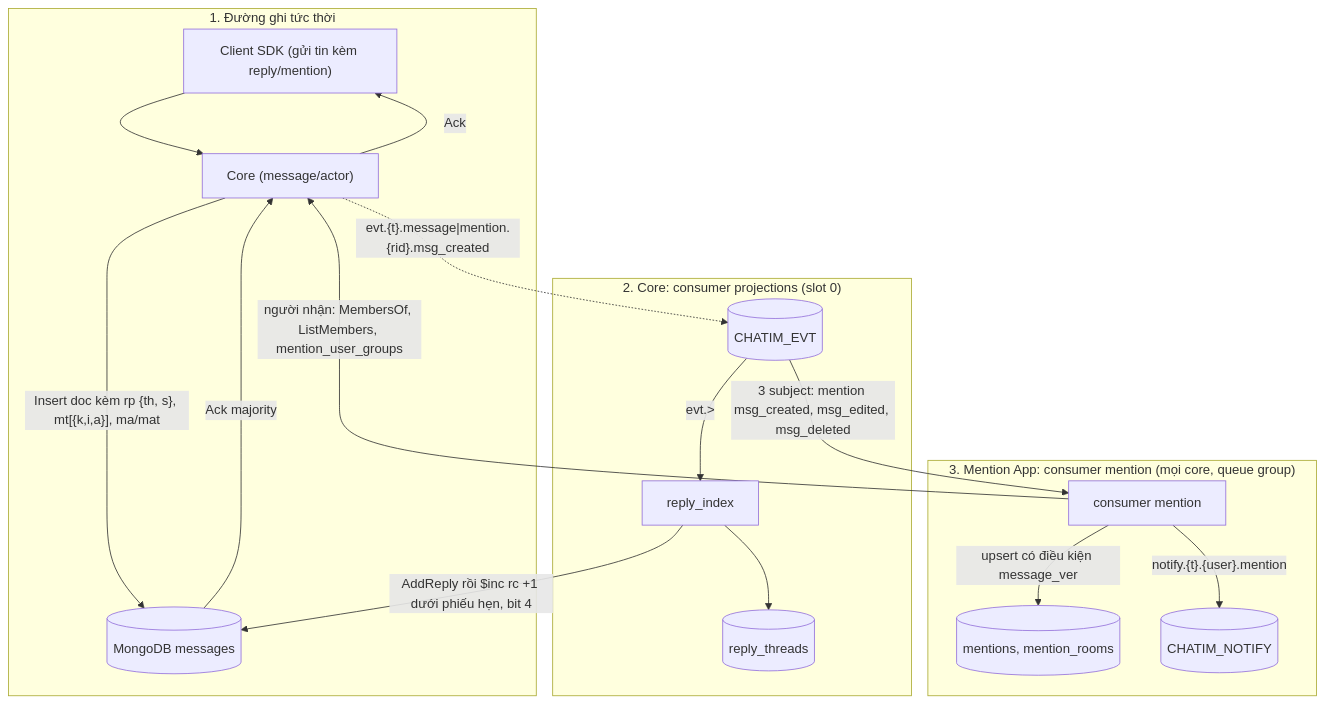
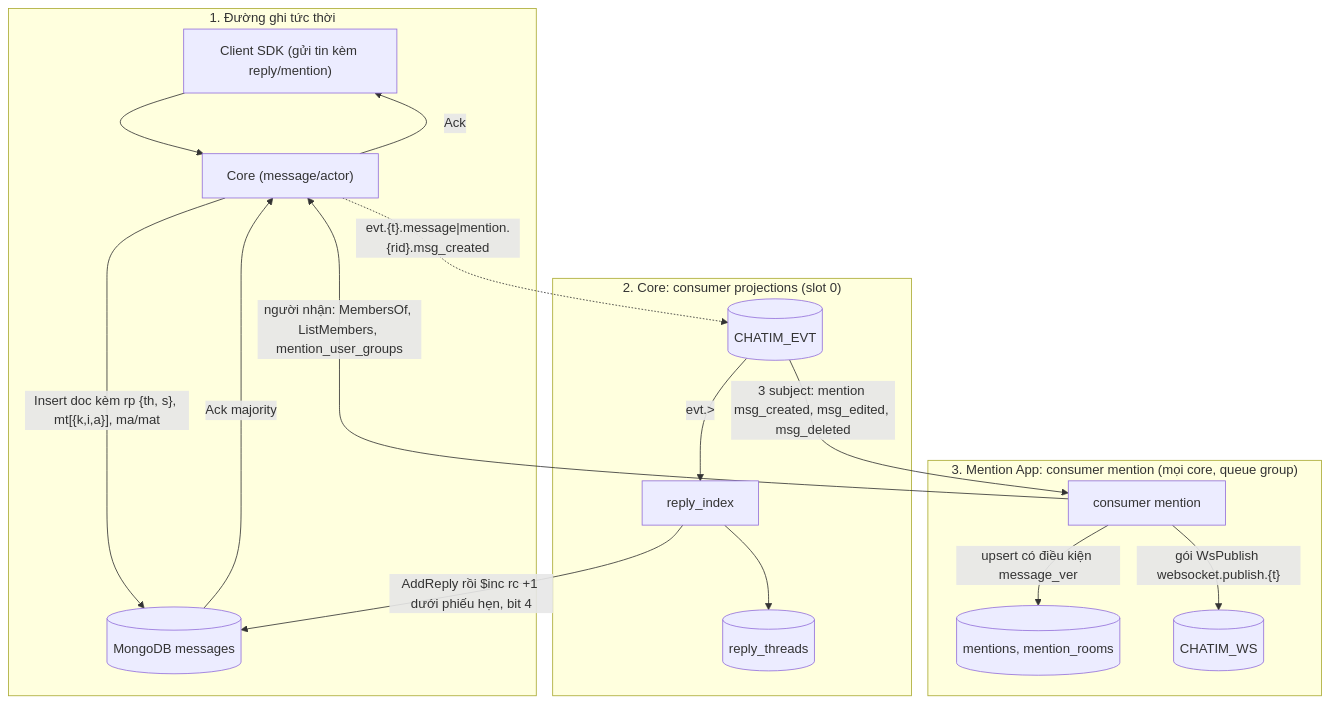
Before and after one commit to ivannguyendev/chatim: the first of 2 diagrams in docs/modules/06-feature-threads-replies-and-mentions.md, drawn with Mermaid. The commit also changed other lines of this file and 7 other files, not shown here.

````diff
--- a/docs/modules/06-feature-threads-replies-and-mentions.md
+++ b/docs/modules/06-feature-threads-replies-and-mentions.md
@@ -32,24 +32,24 @@
 ```mermaid
 flowchart TD
     Client["Client SDK (gửi tin kèm reply/mention)"] --> Core["Core (message/actor)"]
 
     subgraph FastPath["1. Đường ghi tức thời"]
         Core -->|"Insert doc kèm rp {th, s}, mt[{k,i,a}], ma/mat"| MongoMsg[("MongoDB messages")]
         MongoMsg -->|Ack majority| Core
         Core -->|Ack| Client
     end
 
     subgraph Replies["2. Core: consumer projections (slot 0)"]
         Core -.->|"evt.{t}.message|mention.{rid}.msg_created"| Evt[("CHATIM_EVT")]
         Evt -->|"evt.>"| RI["reply_index"]
         RI -->|"AddReply rồi $inc rc +1 dưới phiếu hẹn, bit 4"| MongoMsg
         RI --> Threads[("reply_threads")]
     end
 
     subgraph Mentions["3. Mention App: consumer mention (mọi core, queue group)"]
         Evt -->|"3 subject: mention msg_created, msg_edited, msg_deleted"| MA["consumer mention"]
         MA -->|"upsert có điều kiện message_ver"| Ments[("mentions, mention_rooms")]
         MA -->|"người nhận: MembersOf, ListMembers, mention_user_groups"| Core
-        MA -->|"notify.{t}.{user}.mention"| Notify[("CHATIM_NOTIFY")]
+        MA -->|"gói WsPublish websocket.publish.{t}"| Notify[("CHATIM_WS")]
     end
 ```
````
